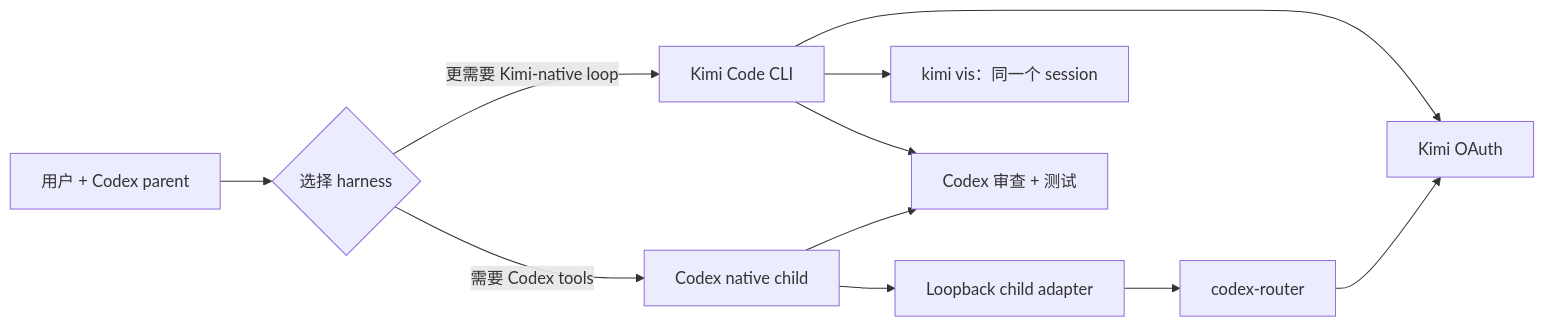
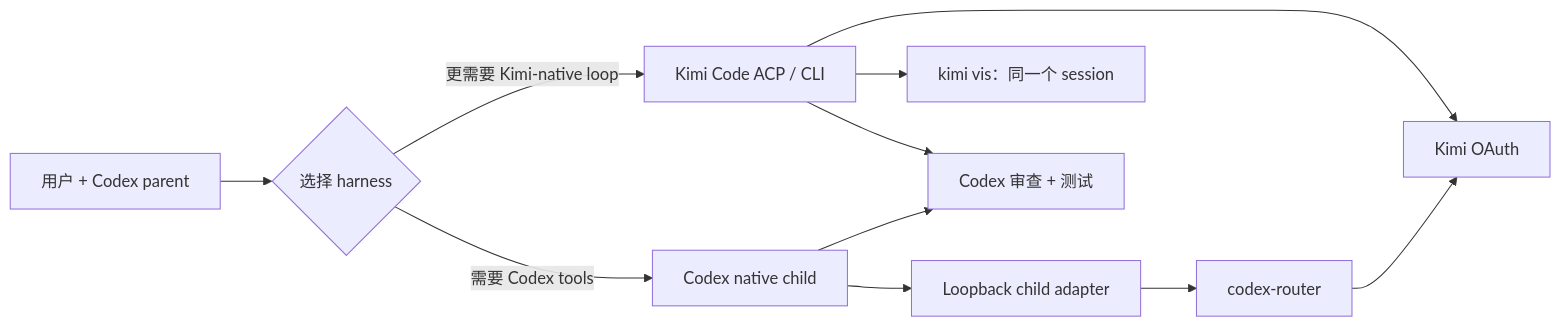
Before and after one commit to IndelibleVivi/codex-kimi-dual-lane: the diagram in README.zh-CN.md, drawn with Mermaid. The commit also changed other lines of this file and 11 other files, not shown here.

````diff
--- a/README.zh-CN.md
+++ b/README.zh-CN.md
@@ -34,13 +34,13 @@
 ```mermaid
 flowchart LR
     U["用户 + Codex parent"] --> D{"选择 harness"}
     D -->|"需要 Codex tools"| N["Codex native child"]
     N --> A["Loopback child adapter"]
     A --> R["codex-router"]
     R --> KO["Kimi OAuth"]
-    D -->|"更需要 Kimi-native loop"| C["Kimi Code CLI"]
+    D -->|"更需要 Kimi-native loop"| C["Kimi Code ACP / CLI"]
     C --> KO
     C --> V["kimi vis：同一个 session"]
     N --> Q["Codex 审查 + 测试"]
     C --> Q
 ```
````
